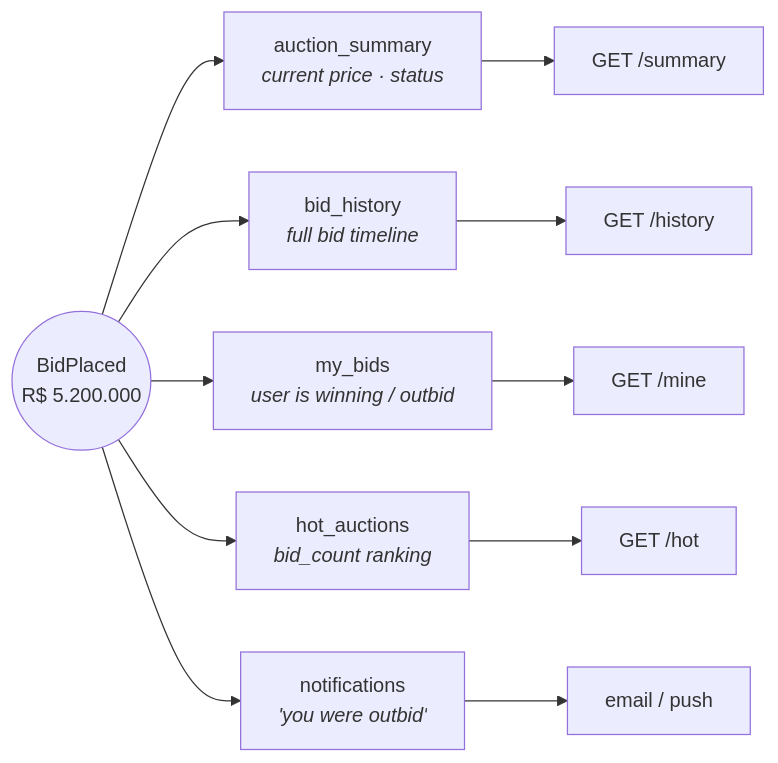
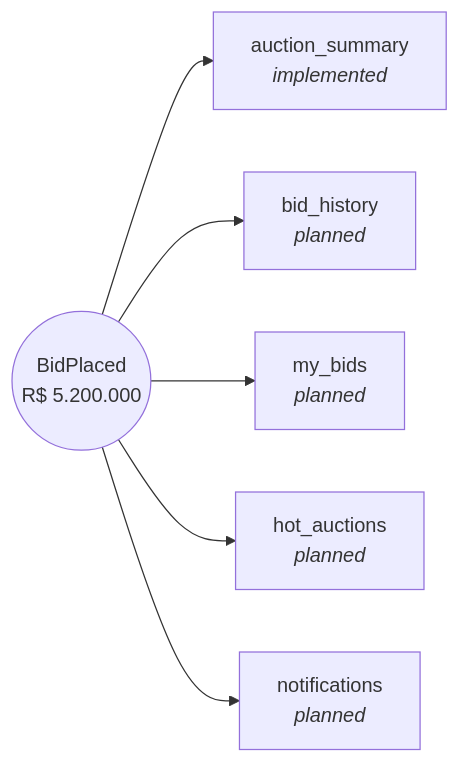
One commit to Macedopy/cqrs changed the sixth of 6 diagrams in docs/architecture.md. Above: the diagram before and after it, drawn with Mermaid. The commit also changed other lines of this file and 40 other files, not shown here.

````diff
--- a/docs/architecture.md
+++ b/docs/architecture.md
@@ -186,14 +279,8 @@
 ```mermaid
 flowchart LR
-    EV(("BidPlaced<br/>R$ 5.200.000")) --> M1["auction_summary<br/><i>current price · status</i>"]
-    EV --> M2["bid_history<br/><i>full bid timeline</i>"]
-    EV --> M3["my_bids<br/><i>user is winning / outbid</i>"]
-    EV --> M4["hot_auctions<br/><i>bid_count ranking</i>"]
-    EV --> M5["notifications<br/><i>'you were outbid'</i>"]
-
-    M1 --> Q1["GET /summary"]
-    M2 --> Q2["GET /history"]
-    M3 --> Q3["GET /mine"]
-    M4 --> Q4["GET /hot"]
-    M5 --> Q5["email / push"]
+    EV(("BidPlaced<br/>R$ 5.200.000")) --> M1["auction_summary<br/><i>implemented</i>"]
+    EV --> M2["bid_history<br/><i>planned</i>"]
+    EV --> M3["my_bids<br/><i>planned</i>"]
+    EV --> M4["hot_auctions<br/><i>planned</i>"]
+    EV --> M5["notifications<br/><i>planned</i>"]
 ```
````
